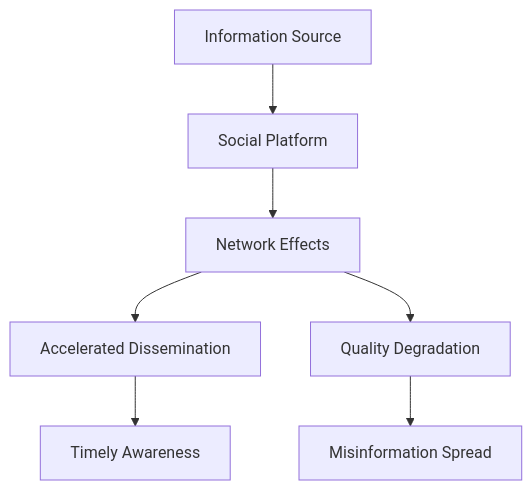
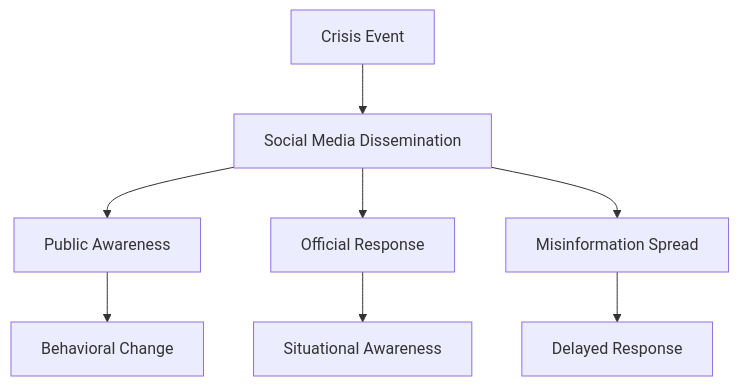
One commit to KishoreRam-M/SocialNetworkEnginnering changed the second of 7 diagrams in Unit-1 /12-Marks.md. Above: the diagram before and after it, drawn with Mermaid. The commit also changed other lines of this file, not shown here.

````diff
--- a/Unit-1 /12-Marks.md
+++ b/Unit-1 /12-Marks.md
@@ -54,9 +42,10 @@
 ```mermaid
-graph TB
-A[Information Source] --> B[Social Platform]
-B --> C[Network Effects]
-C --> D[Accelerated Dissemination]
-C --> E[Quality Degradation]
-D --> F[Timely Awareness]
-E --> G[Misinformation Spread]
+flowchart TD
+A[Crisis Event] --> B[Social Media Dissemination]
+B --> C[Public Awareness]
+B --> D[Official Response]
+C --> E[Behavioral Change]
+D --> F[Situational Awareness]
+B --> G[Misinformation Spread]
+G --> H[Delayed Response]
 ```
````
